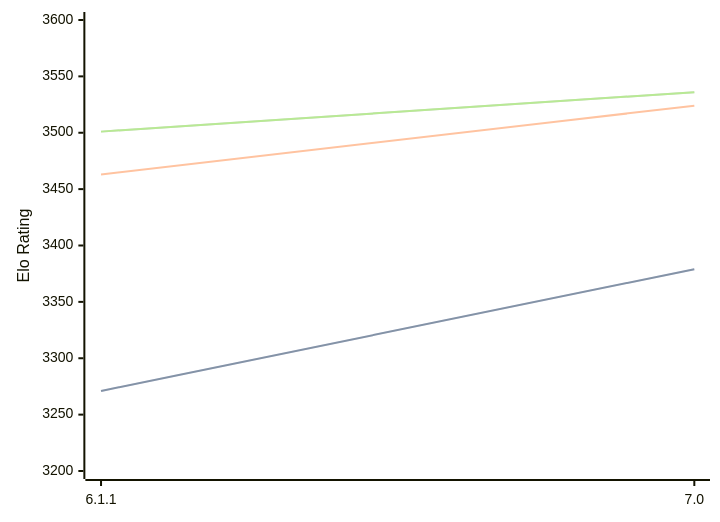
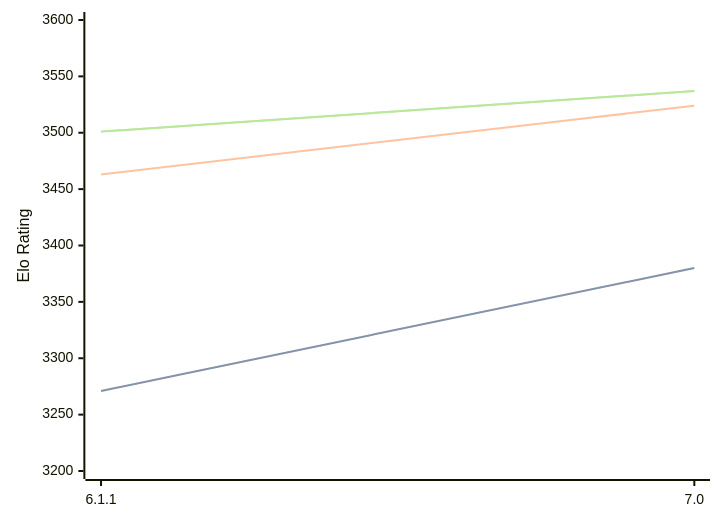
One commit to computer-chess-index/cci changed the diagram in engines/Astra.md. Above: the diagram before and after it, drawn with Mermaid. The commit also changed other lines of this file, not shown here.

Commit message:
Update CCI Ratings (ELO VLTC) - 2026-08-05

````diff
--- a/engines/Astra.md
+++ b/engines/Astra.md
@@ -44,11 +44,11 @@
 ```mermaid
 %%{init: {"theme":"base","themeVariables":{"seriesColors:['#a3a3a3','#222221','#faa371']}}}%%
 xychart-beta
   x-axis ["6.1.1", "7.0"]
   y-axis "Elo Rating" 3200 --> 3600
-  line "STC (8.0+0.08s)" [3271, 3379]
-  line "STC (8.0+0.08s)" [3271, 3379]
+  line "STC (8.0+0.08s)" [3271, 3380]
+  line "STC (8.0+0.08s)" [3271, 3380]
   line "LTC (60.0+0.60s)" [3463, 3524]
-  line "VLTC (2m24s+1.12s)" [3501, 3536]
-  line "VLTC (2m24s+1.12s)" [3501, 3536]
+  line "VLTC (2m24s+1.12s)" [3501, 3537]
+  line "VLTC (2m24s+1.12s)" [3501, 3537]
 ```
````
